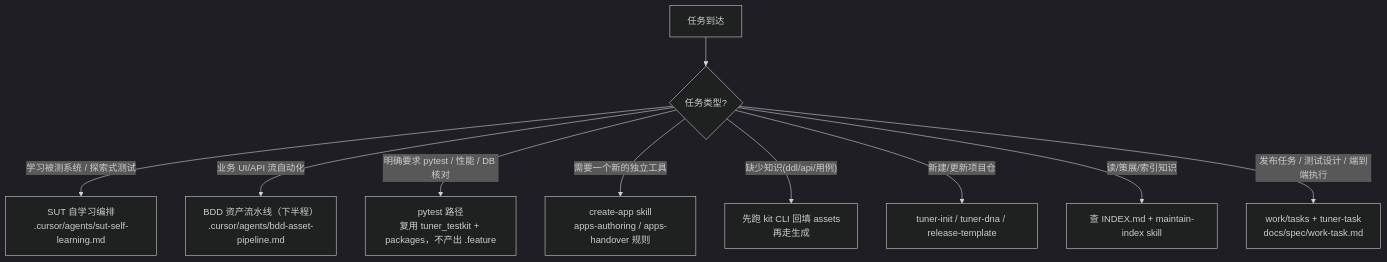
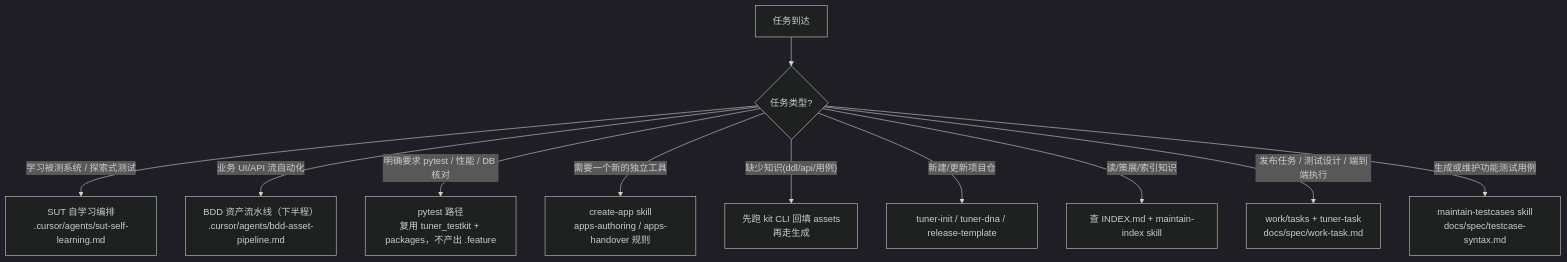
Before and after one commit to chenjianpeng97/Repo-as-a-TestPlatform: the diagram in AGENTS.md, drawn with Mermaid (dark theme). The commit also changed other lines of this file and 22 other files, not shown here.

````diff
--- a/AGENTS.md
+++ b/AGENTS.md
@@ -43,12 +43,13 @@
 ```mermaid
 flowchart TD
   Start[任务到达] --> Q{任务类型?}
   Q -->|"学习被测系统 / 探索式测试"| Learn["SUT 自学习编排\n.cursor/agents/sut-self-learning.md"]
   Q -->|"业务 UI/API 流自动化"| BDD["BDD 资产流水线（下半程）\n.cursor/agents/bdd-asset-pipeline.md"]
   Q -->|"明确要求 pytest / 性能 / DB 核对"| Pytest["pytest 路径\n复用 tuner_testkit + packages，不产出 .feature"]
   Q -->|"需要一个新的独立工具"| App["create-app skill\napps-authoring / apps-handover 规则"]
   Q -->|"缺少知识(ddl/api/用例)"| Know["先跑 kit CLI 回填 assets\n再走生成"]
   Q -->|"新建/更新项目仓"| Init["tuner-init / tuner-dna / release-template"]
   Q -->|"读/策展/索引知识"| Idx["查 INDEX.md + maintain-index skill"]
   Q -->|"发布任务 / 测试设计 / 端到端执行"| Task["work/tasks + tuner-task\ndocs/spec/work-task.md"]
+  Q -->|"生成或维护功能测试用例"| Cases["maintain-testcases skill\ndocs/spec/testcase-syntax.md"]
 ```
````
